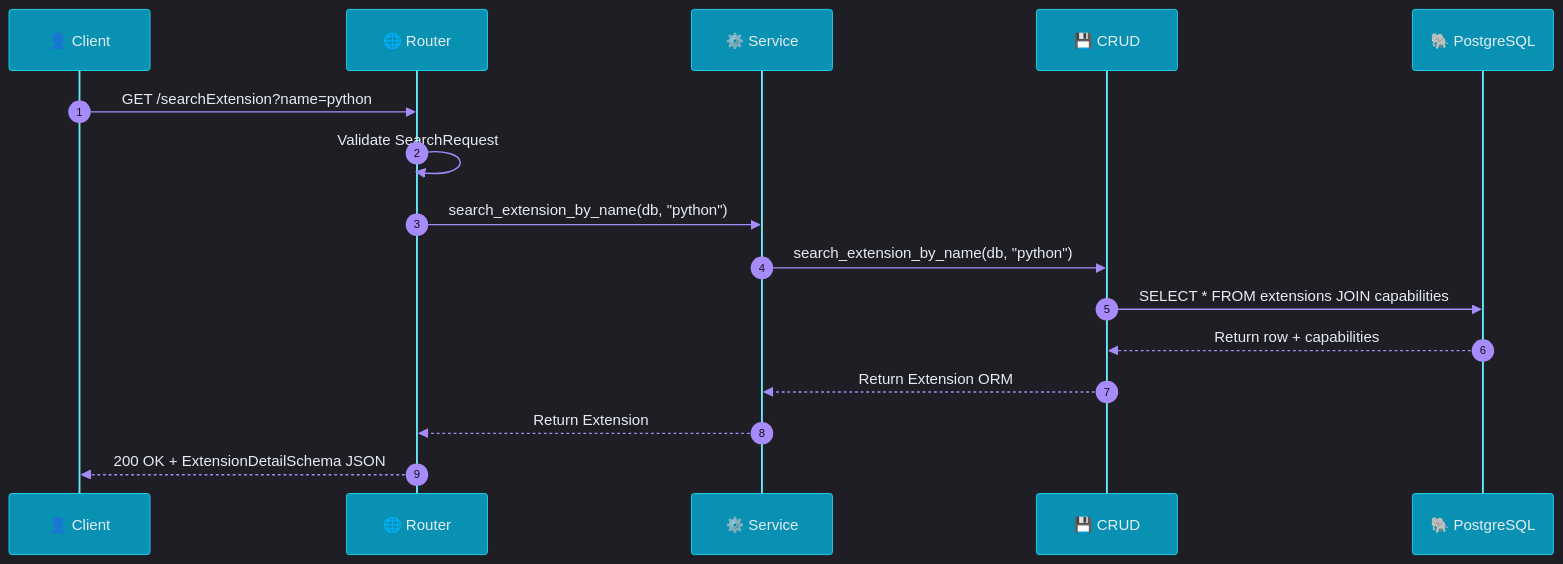
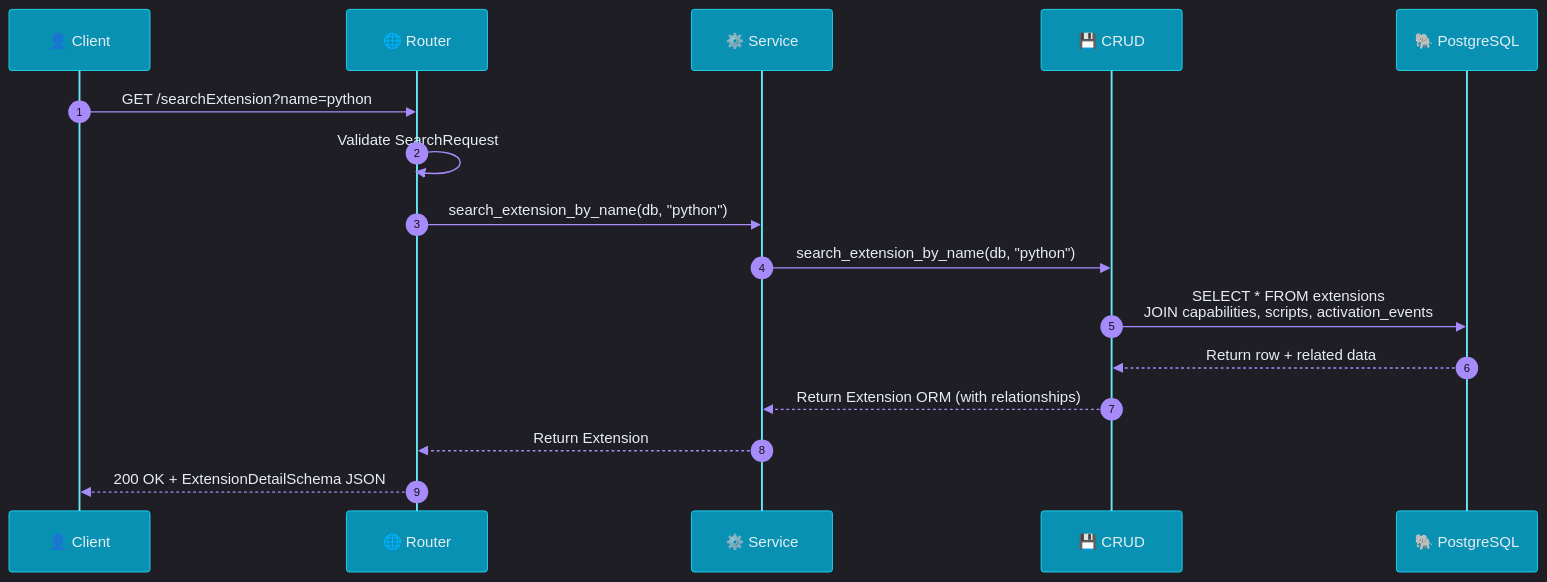
Before and after one commit to Ekremunalytu/automation_enviroment: the sixth of 14 diagrams in documents/ARCHITECTURE.md, drawn with Mermaid. The commit also changed other lines of this file and 9 other files, not shown here.

Commit message:
activation events added

````diff
--- a/documents/ARCHITECTURE.md
+++ b/documents/ARCHITECTURE.md
@@ -355,22 +360,22 @@
 ```mermaid
 %%{init: {'theme': 'dark', 'themeVariables': { 'background': '#0d1117', 'primaryColor': '#06b6d4', 'primaryTextColor': '#e6edf3', 'actorTextColor': '#e6edf3', 'actorBkg': '#0891b2', 'actorBorder': '#22d3ee', 'actorLineColor': '#67e8f9', 'signalColor': '#a78bfa', 'signalTextColor': '#e6edf3', 'sequenceNumberColor': '#0d1117', 'noteBkgColor': '#0d9488', 'noteTextColor': '#e6edf3', 'noteBorderColor': '#2dd4bf', 'activationBkgColor': '#0284c7', 'activationBorderColor': '#38bdf8', 'labelBoxBkgColor': '#161b22'}}}%%
 sequenceDiagram
     autonumber
     participant C as 👤 Client
     participant R as 🌐 Router
     participant S as ⚙️ Service
     participant CR as 💾 CRUD
     participant DB as 🐘 PostgreSQL
 
     C->>R: GET /searchExtension?name=python
     R->>R: Validate SearchRequest
     R->>S: search_extension_by_name(db, "python")
 
     S->>CR: search_extension_by_name(db, "python")
-    CR->>DB: SELECT * FROM extensions JOIN capabilities
-    DB-->>CR: Return row + capabilities
-    CR-->>S: Return Extension ORM
+    CR->>DB: SELECT * FROM extensions<br/>JOIN capabilities, scripts, activation_events
+    DB-->>CR: Return row + related data
+    CR-->>S: Return Extension ORM (with relationships)
 
     S-->>R: Return Extension
     R-->>C: 200 OK + ExtensionDetailSchema JSON
 ```
````
